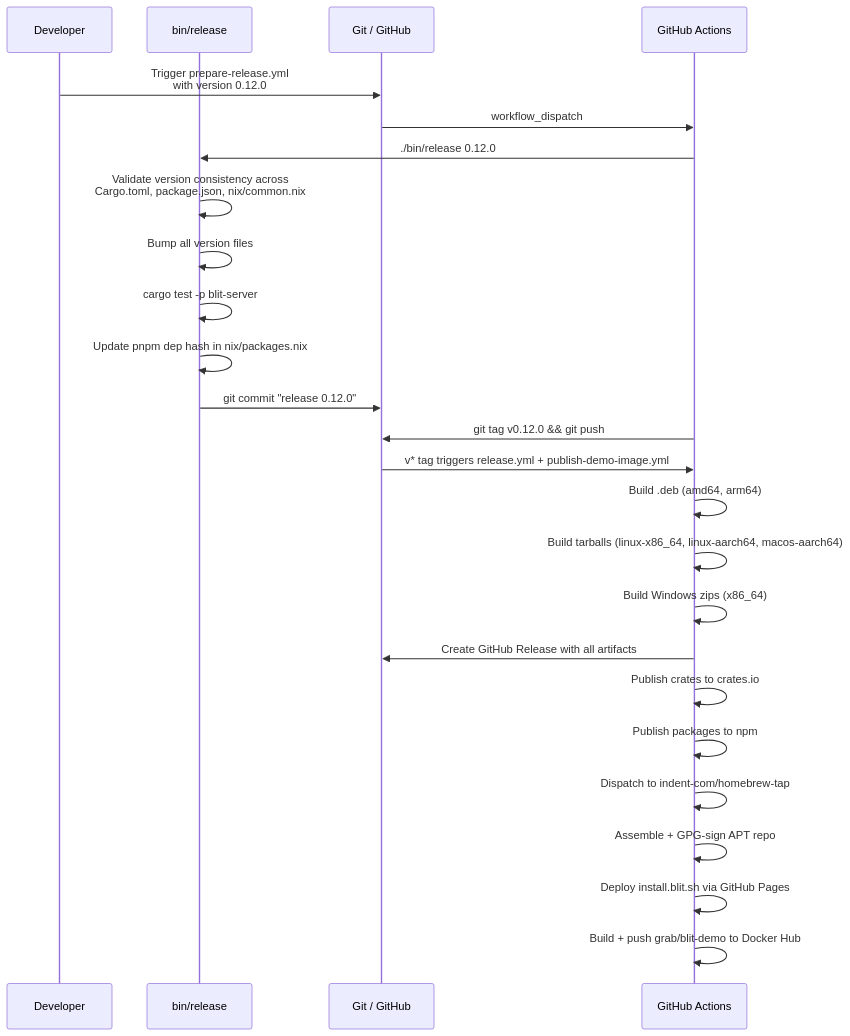
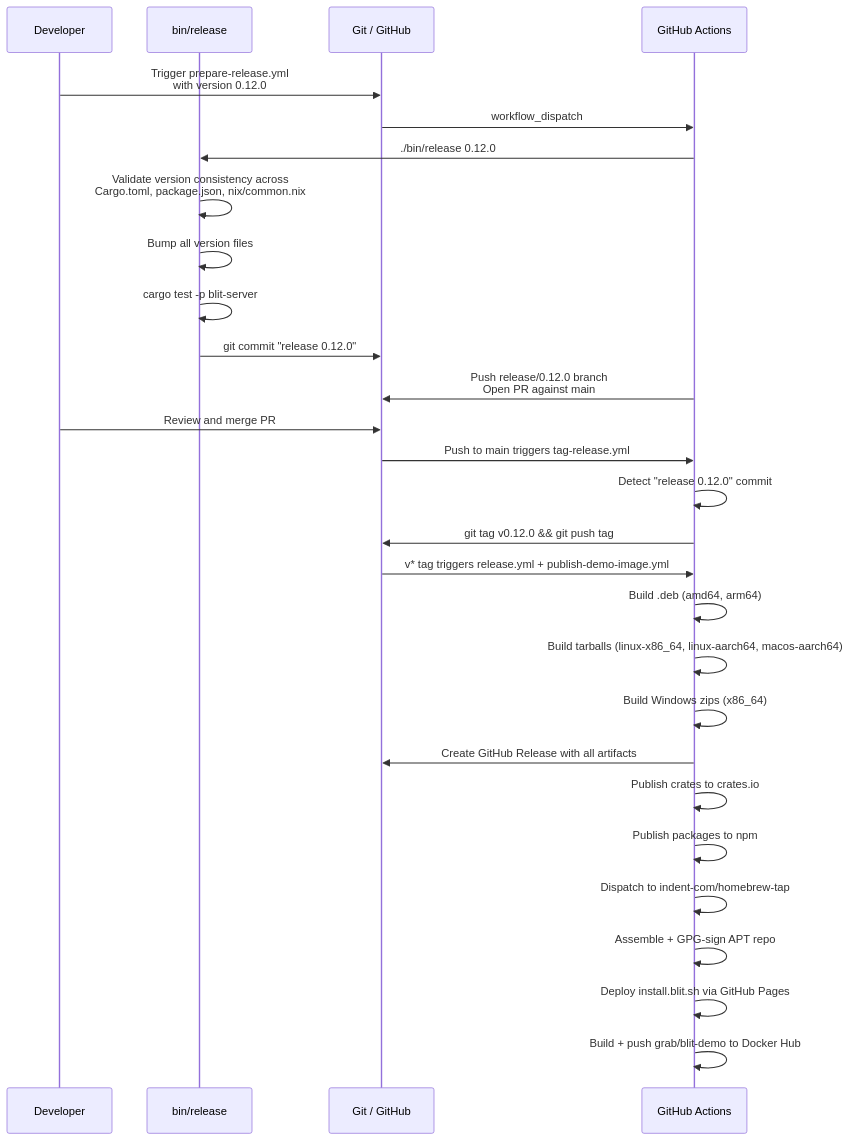
The ninth of 9 diagrams in SERVICES.md (indent-com/blit), drawn with Mermaid before and after one commit. The commit also changed other lines of this file and 3 other files, not shown here.

First line of the commit message:
Split release into PR + auto-tag: remove macOS test gate, add tag-release workflow.

````diff
--- a/SERVICES.md
+++ b/SERVICES.md
@@ -309,29 +319,32 @@
 ```mermaid
 sequenceDiagram
     participant Dev as Developer
     participant Rel as bin/release
     participant Git as Git / GitHub
     participant CI as GitHub Actions
 
     Dev->>Git: Trigger prepare-release.yml<br>with version 0.12.0
     Git->>CI: workflow_dispatch
     CI->>Rel: ./bin/release 0.12.0
     Rel->>Rel: Validate version consistency across<br>Cargo.toml, package.json, nix/common.nix
     Rel->>Rel: Bump all version files
     Rel->>Rel: cargo test -p blit-server
-    Rel->>Rel: Update pnpm dep hash in nix/packages.nix
     Rel->>Git: git commit "release 0.12.0"
-    CI->>Git: git tag v0.12.0 && git push
+    CI->>Git: Push release/0.12.0 branch<br>Open PR against main
+    Dev->>Git: Review and merge PR
+    Git->>CI: Push to main triggers tag-release.yml
+    CI->>CI: Detect "release 0.12.0" commit
+    CI->>Git: git tag v0.12.0 && git push tag
     Git->>CI: v* tag triggers release.yml + publish-demo-image.yml
 
     CI->>CI: Build .deb (amd64, arm64)
     CI->>CI: Build tarballs (linux-x86_64, linux-aarch64, macos-aarch64)
     CI->>CI: Build Windows zips (x86_64)
     CI->>Git: Create GitHub Release with all artifacts
     CI->>CI: Publish crates to crates.io
     CI->>CI: Publish packages to npm
     CI->>CI: Dispatch to indent-com/homebrew-tap
     CI->>CI: Assemble + GPG-sign APT repo
     CI->>CI: Deploy install.blit.sh via GitHub Pages
     CI->>CI: Build + push grab/blit-demo to Docker Hub
 ```
````
